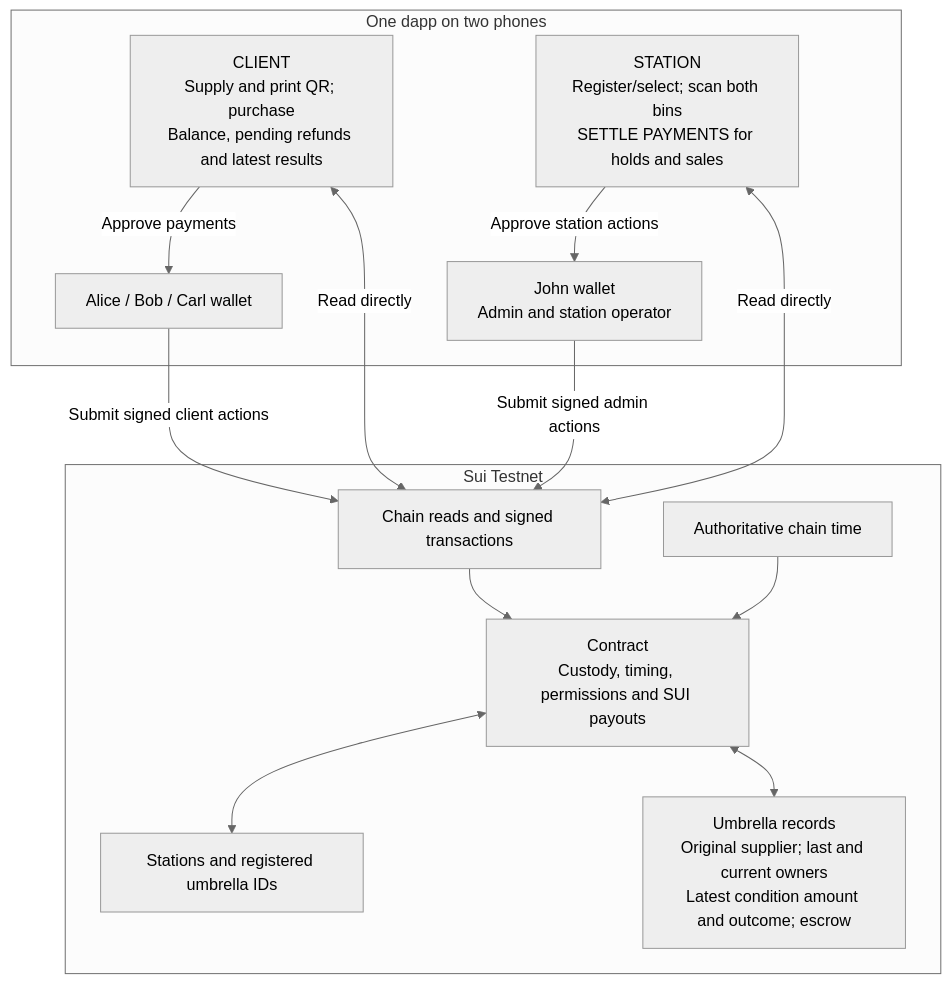
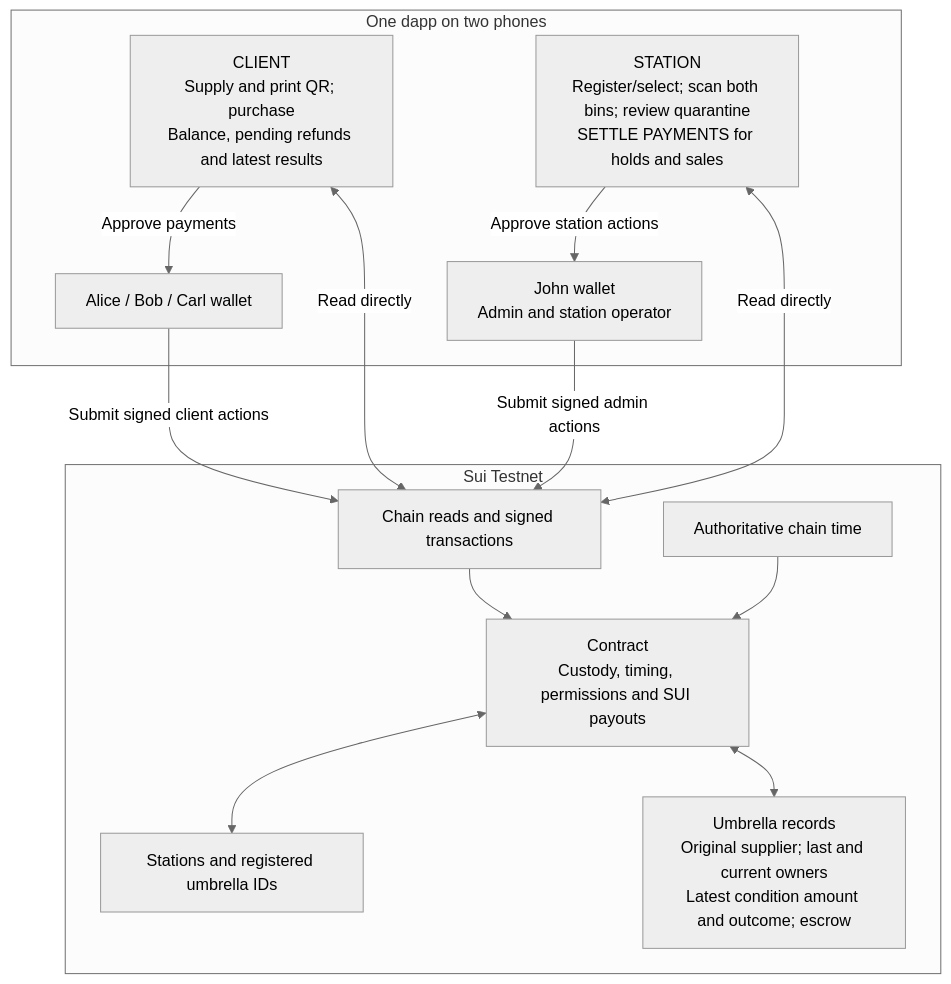
Before and after one commit to towa-hi/sui-kirisame: the tenth of 10 diagrams in docs/project-flows.md, drawn with Mermaid (neutral theme). The commit also changed other lines of this file and 6 other files, not shown here.

````diff
--- a/docs/project-flows.md
+++ b/docs/project-flows.md
@@ -263,26 +282,26 @@
 ```mermaid
 flowchart TB
     subgraph Dapp["One dapp on two phones"]
         Client["CLIENT<br/>Supply and print QR; purchase<br/>Balance, pending refunds and latest results"]
         Wallet["Alice / Bob / Carl wallet"]
-        Station["STATION<br/>Register/select; scan both bins<br/>SETTLE PAYMENTS for holds and sales"]
+        Station["STATION<br/>Register/select; scan both bins; review quarantine<br/>SETTLE PAYMENTS for holds and sales"]
         Admin["John wallet<br/>Admin and station operator"]
         Client -->|Approve payments| Wallet
         Station -->|Approve station actions| Admin
     end
     subgraph Chain["Sui Testnet"]
         Access["Chain reads and signed transactions"]
         Contract["Contract<br/>Custody, timing, permissions and SUI payouts"]
         Registry["Stations and registered umbrella IDs"]
         Umbrella["Umbrella records<br/>Original supplier; last and current owners<br/>Latest condition amount and outcome; escrow"]
         Clock["Authoritative chain time"]
         Access --> Contract
         Contract <--> Registry
         Contract <--> Umbrella
         Clock --> Contract
     end
     Wallet -->|Submit signed client actions| Access
     Admin -->|Submit signed admin actions| Access
     Client <-->|Read directly| Access
     Station <-->|Read directly| Access
 ```
````
